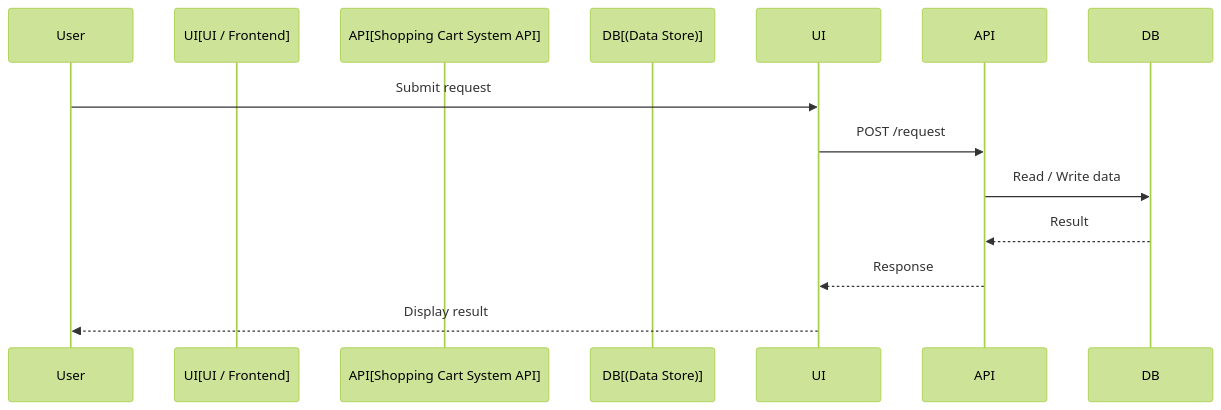
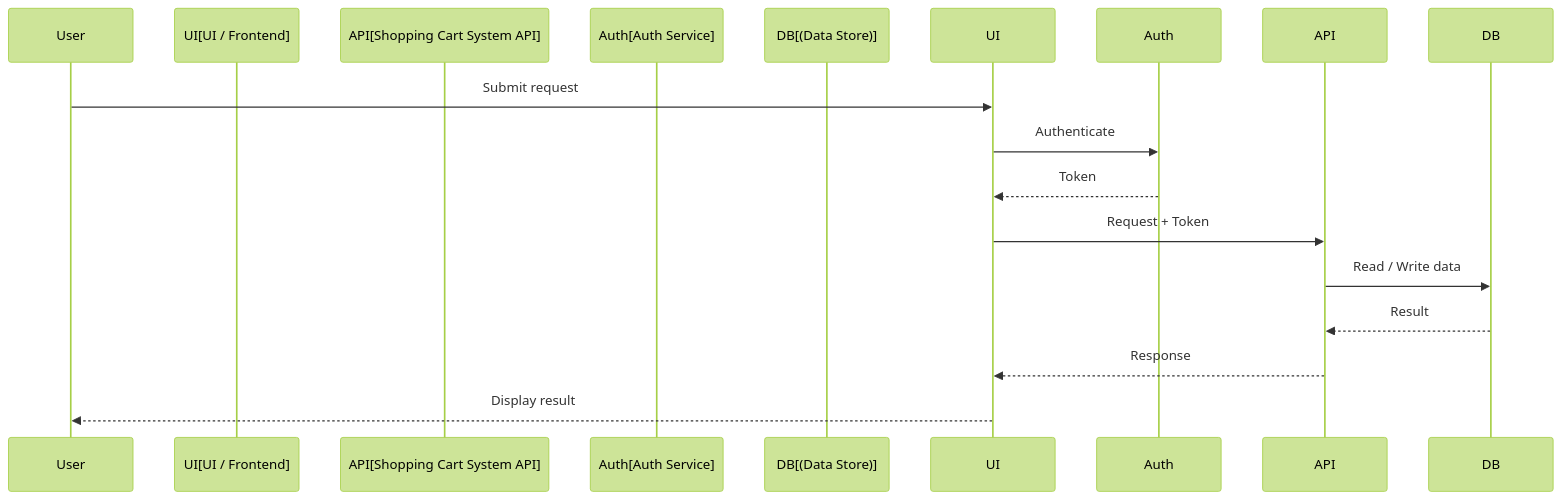
One commit to sumncc/CopilotDemo changed the first of 2 diagrams in doc/lld/shopping-cart-system-lld.md. Above: the diagram before and after it, drawn with Mermaid (forest theme). The commit also changed other lines of this file, not shown here.

````diff
--- a/doc/lld/shopping-cart-system-lld.md
+++ b/doc/lld/shopping-cart-system-lld.md
@@ -18,14 +18,17 @@
 ```mermaid
 sequenceDiagram
   participant User
   participant UI[UI / Frontend]
   participant API[Shopping Cart System API]
+  participant Auth[Auth Service]
   participant DB[(Data Store)]
 
   User->>UI: Submit request
-  UI->>API: POST /request
+  UI->>Auth: Authenticate
+  Auth-->>UI: Token
+  UI->>API: Request + Token
   API->>DB: Read / Write data
   DB-->>API: Result
   API-->>UI: Response
   UI-->>User: Display result
 ```
````
